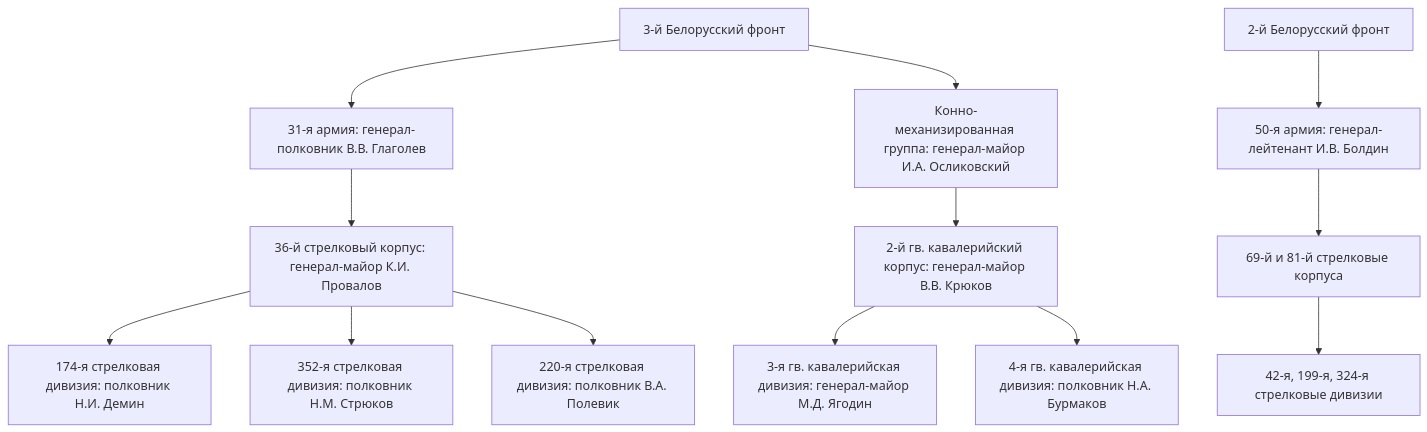
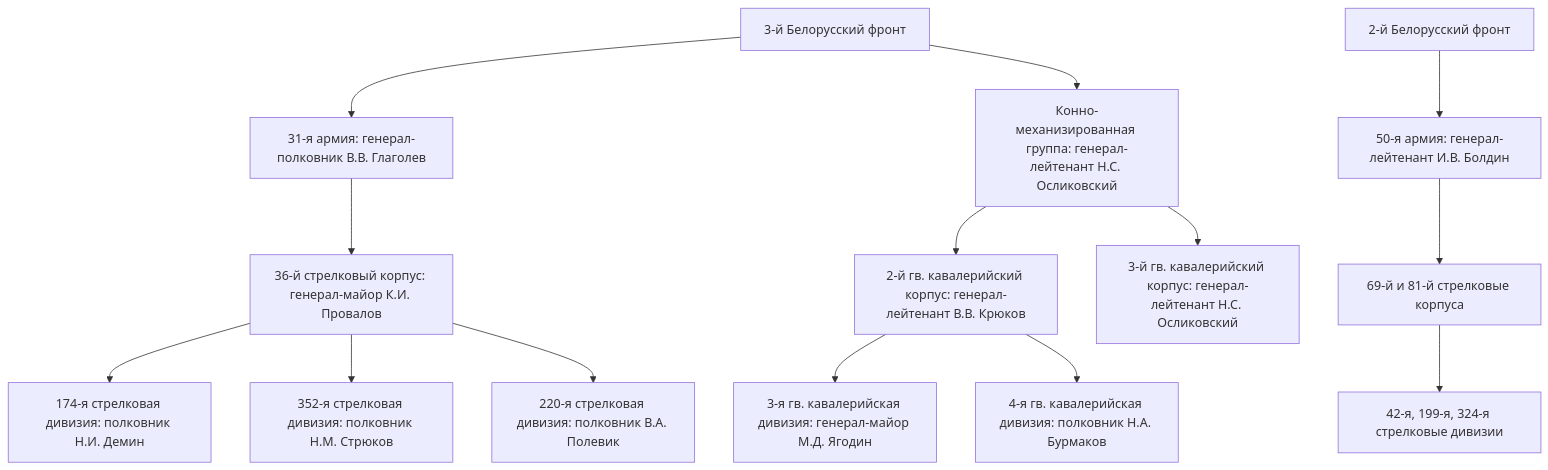
The first of 3 diagrams in research_data/02_1944_liberation_neman.md (rickgzschambezrh825-hash/grodno-map), drawn with Mermaid before and after one commit. The commit also changed 8 other files, not shown here.

````diff
--- a/research_data/02_1944_liberation_neman.md
+++ b/research_data/02_1944_liberation_neman.md
@@ -15,15 +15,16 @@
 ```mermaid
 flowchart TD
     A[3-й Белорусский фронт] --> B[31-я армия: генерал-полковник В.В. Глаголев]
-    A --> C[Конно-механизированная группа: генерал-майор И.А. Осликовский]
+    A --> C[Конно-механизированная группа: генерал-лейтенант Н.С. Осликовский]
     B --> D[36-й стрелковый корпус: генерал-майор К.И. Провалов]
     D --> E[174-я стрелковая дивизия: полковник Н.И. Демин]
     D --> F[352-я стрелковая дивизия: полковник Н.М. Стрюков]
     D --> G[220-я стрелковая дивизия: полковник В.А. Полевик]
-    C --> H[2-й гв. кавалерийский корпус: генерал-майор В.В. Крюков]
+    C --> H[2-й гв. кавалерийский корпус: генерал-лейтенант В.В. Крюков]
+    C --> H2[3-й гв. кавалерийский корпус: генерал-лейтенант Н.С. Осликовский]
     H --> I[3-я гв. кавалерийская дивизия: генерал-майор М.Д. Ягодин]
     H --> J[4-я гв. кавалерийская дивизия: полковник Н.А. Бурмаков]
     K[2-й Белорусский фронт] --> L[50-я армия: генерал-лейтенант И.В. Болдин]
     L --> M[69-й и 81-й стрелковые корпуса]
     M --> N[42-я, 199-я, 324-я стрелковые дивизии]
 ```
````
